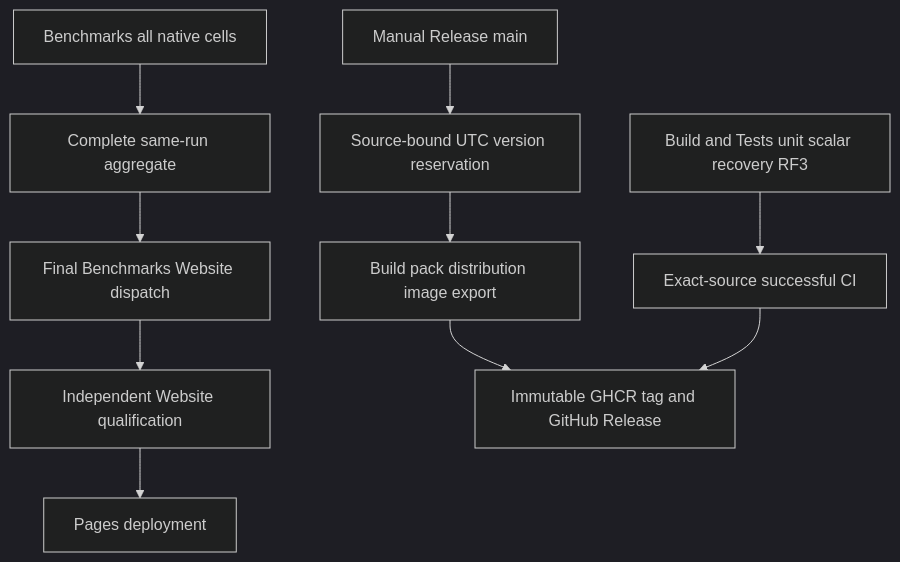
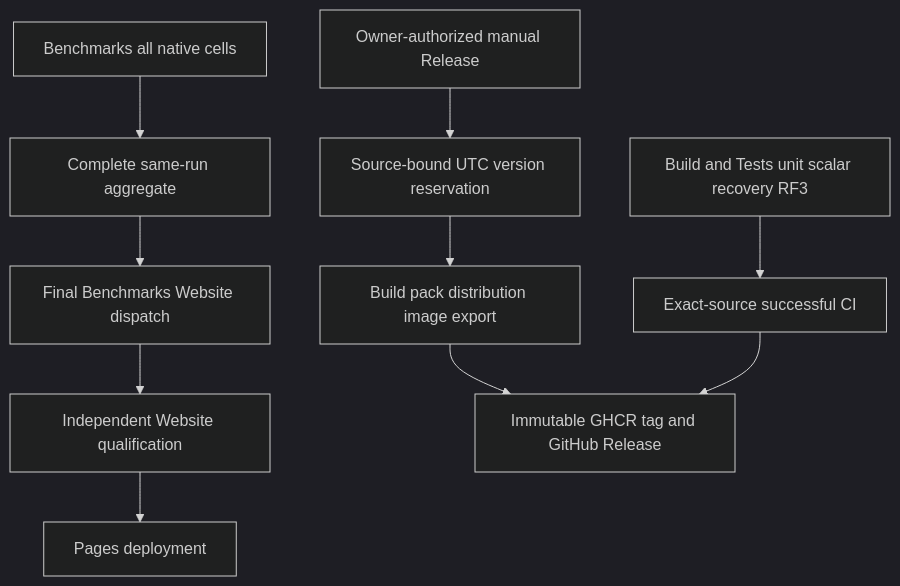
One commit to managedcode/KeyLoad changed the first of 2 diagrams in docs/ADR/ADR-064-workflow-release-delivery.md. Above: the diagram before and after it, drawn with Mermaid (dark theme). The commit also changed other lines of this file and 152 other files, not shown here.

````diff
--- a/docs/ADR/ADR-064-workflow-release-delivery.md
+++ b/docs/ADR/ADR-064-workflow-release-delivery.md
@@ -19,12 +21,12 @@
 ```mermaid
 flowchart TD
     CI[Build and Tests unit scalar recovery RF3] --> Gate[Exact-source successful CI]
     B[Benchmarks all native cells] --> A[Complete same-run aggregate]
     A --> Trigger[Final Benchmarks Website dispatch]
     Trigger --> Q[Independent Website qualification]
     Q --> D[Pages deployment]
-    R[Manual Release main] --> V[Source-bound UTC version reservation]
+    R[Owner-authorized manual Release] --> V[Source-bound UTC version reservation]
     V --> P[Build pack distribution image export]
     P --> F[Immutable GHCR tag and GitHub Release]
     Gate --> F
 ```
````
